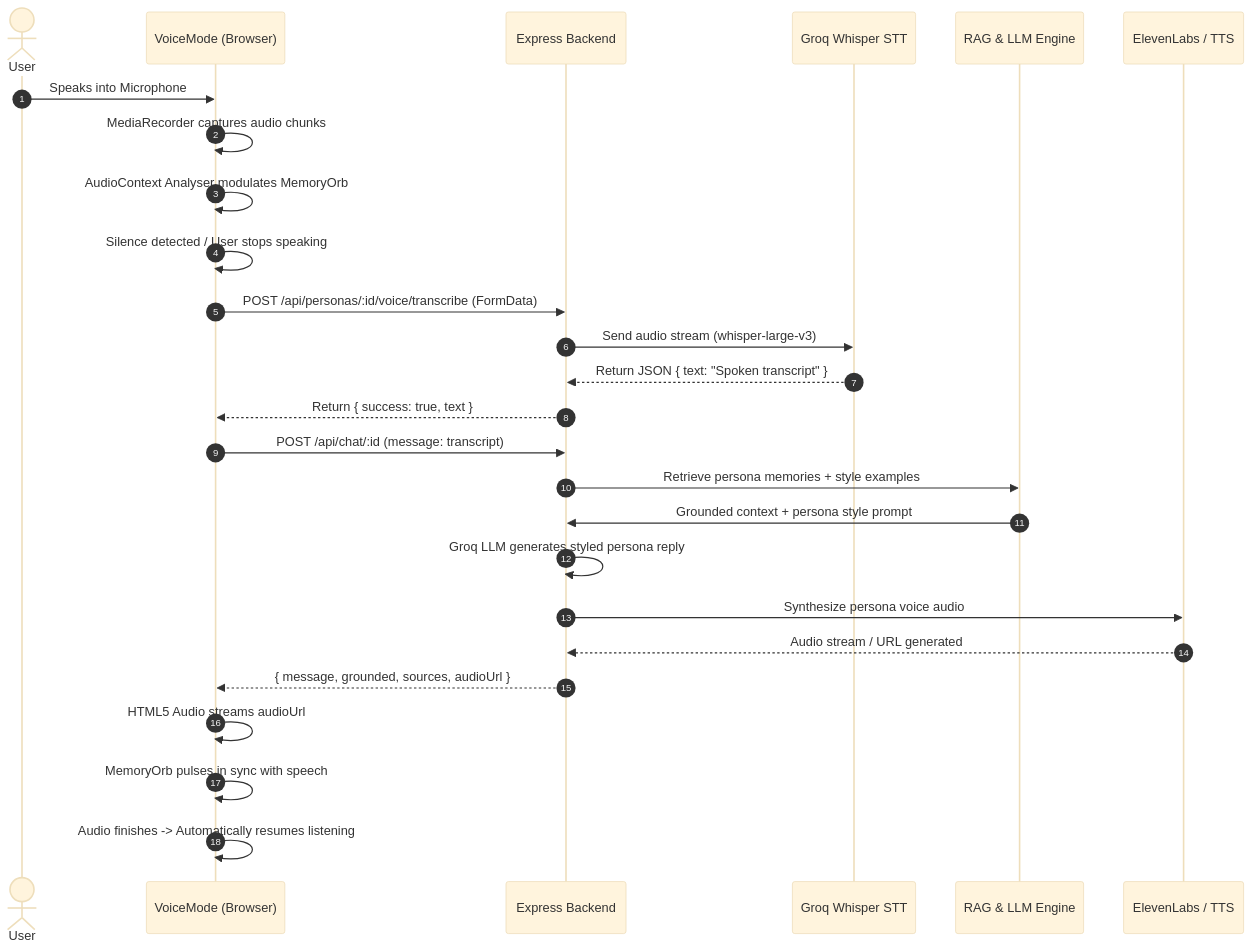
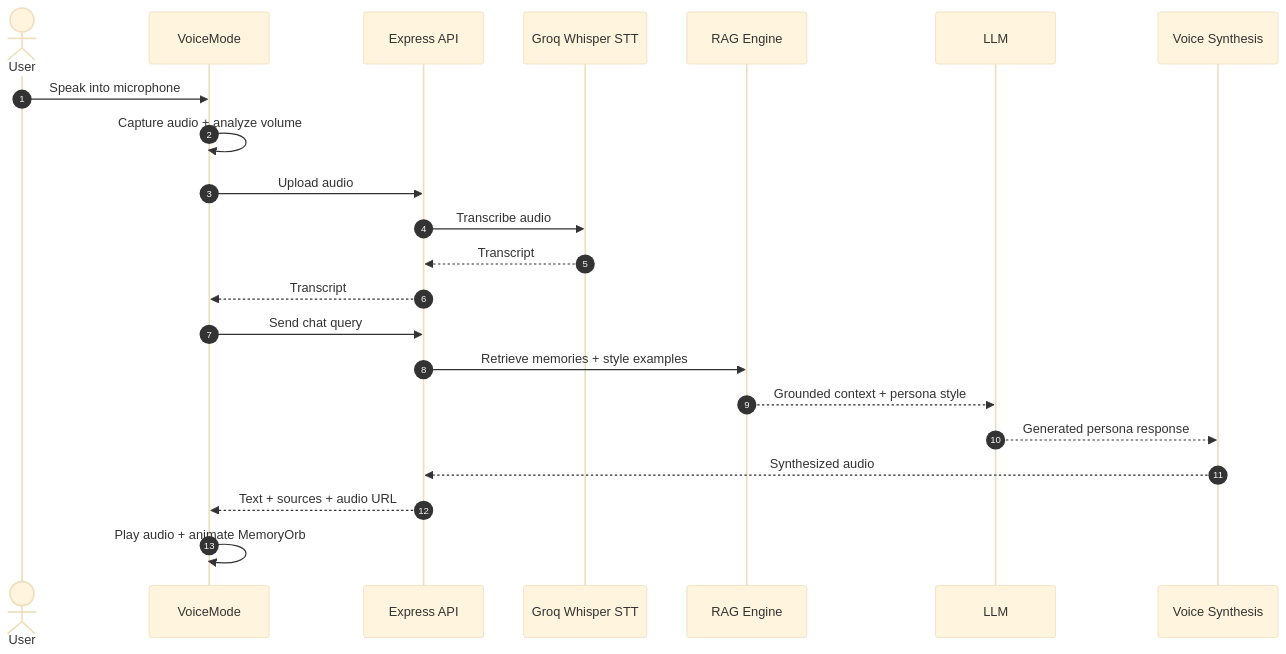
The second of 2 diagrams in README.md (arunrajguru/echo), drawn with Mermaid (base theme) before and after one commit. The commit also changed other lines of this file, not shown here.

````diff
--- a/README.md
+++ b/README.md
@@ -82,31 +138,25 @@
 ```mermaid
 sequenceDiagram
     autonumber
     actor User
-    participant Browser as VoiceMode (Browser)
-    participant Backend as Express Backend
+    participant Browser as VoiceMode
+    participant Backend as Express API
     participant Whisper as Groq Whisper STT
-    participant RAG as RAG & LLM Engine
-    participant ElevenLabs as ElevenLabs / TTS
+    participant RAG as RAG Engine
+    participant LLM as LLM
+    participant TTS as Voice Synthesis
 
-    User->>Browser: Speaks into Microphone
-    Browser->>Browser: MediaRecorder captures audio chunks
-    Browser->>Browser: AudioContext Analyser modulates MemoryOrb
-    Browser->>Browser: Silence detected / User stops speaking
-    Browser->>Backend: POST /api/personas/:id/voice/transcribe (FormData)
-    Backend->>Whisper: Send audio stream (whisper-large-v3)
-    Whisper-->>Backend: Return JSON { text: "Spoken transcript" }
-    Backend-->>Browser: Return { success: true, text }
-    
-    Browser->>Backend: POST /api/chat/:id (message: transcript)
-    Backend->>RAG: Retrieve persona memories + style examples
-    RAG->>Backend: Grounded context + persona style prompt
-    Backend->>Backend: Groq LLM generates styled persona reply
-    Backend->>ElevenLabs: Synthesize persona voice audio
-    ElevenLabs-->>Backend: Audio stream / URL generated
-    Backend-->>Browser: { message, grounded, sources, audioUrl }
-    
-    Browser->>Browser: HTML5 Audio streams audioUrl
-    Browser->>Browser: MemoryOrb pulses in sync with speech
-    Browser->>Browser: Audio finishes -> Automatically resumes listening
+    User->>Browser: Speak into microphone
+    Browser->>Browser: Capture audio + analyze volume
+    Browser->>Backend: Upload audio
+    Backend->>Whisper: Transcribe audio
+    Whisper-->>Backend: Transcript
+    Backend-->>Browser: Transcript
+    Browser->>Backend: Send chat query
+    Backend->>RAG: Retrieve memories + style examples
+    RAG-->>LLM: Grounded context + persona style
+    LLM-->>TTS: Generated persona response
+    TTS-->>Backend: Synthesized audio
+    Backend-->>Browser: Text + sources + audio URL
+    Browser->>Browser: Play audio + animate MemoryOrb
 ```
````
